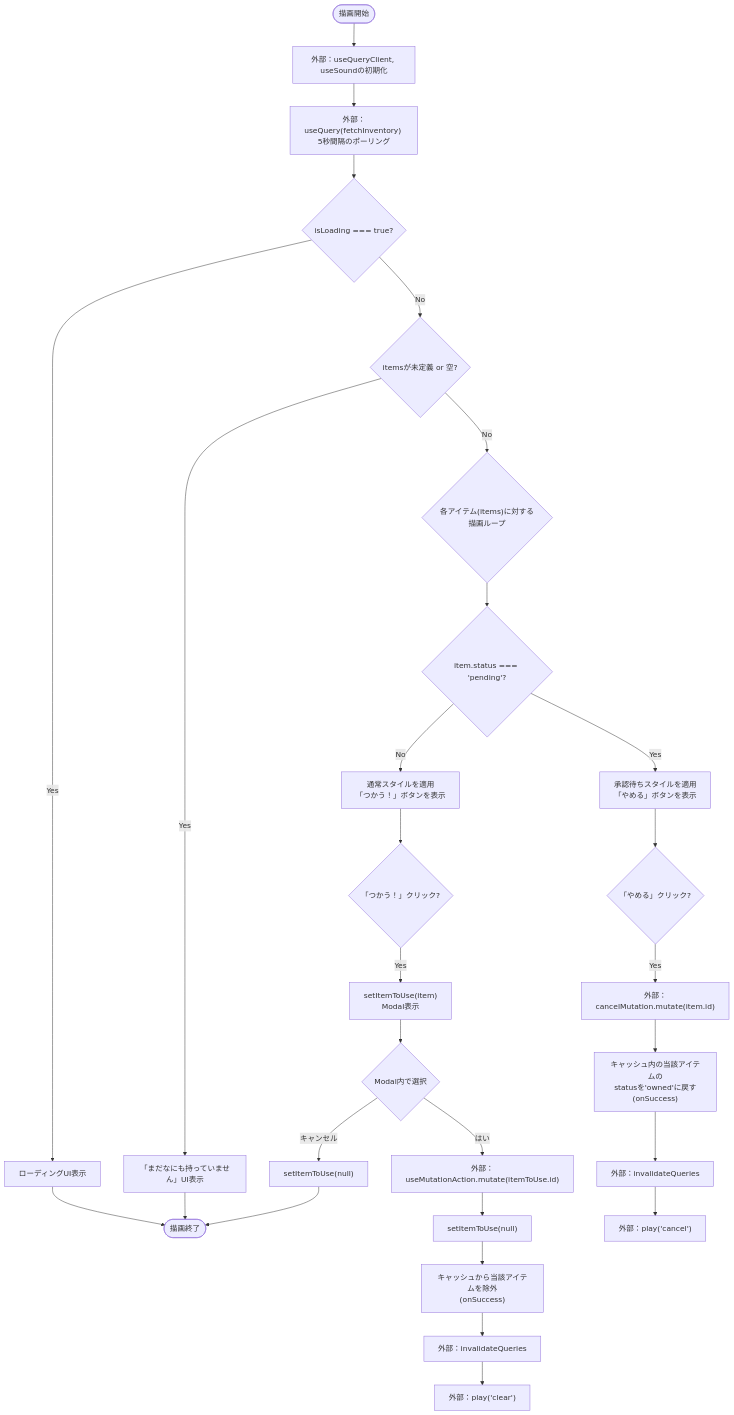
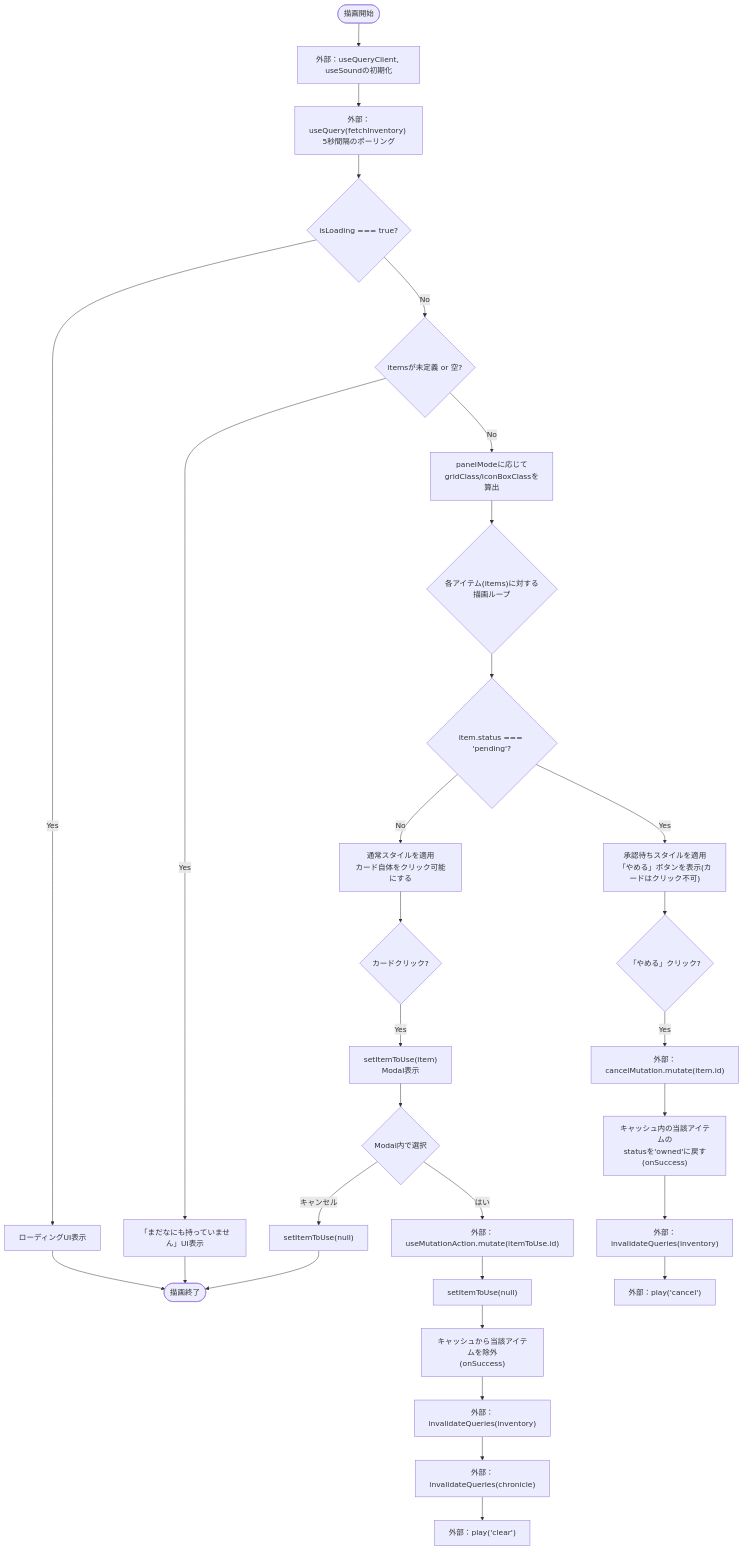
Before and after one commit to mmtigers/my_python_project: the first of 2 diagrams in docs/specifications/family-quest/src/features/shop/components/InventoryList.md, drawn with Mermaid. The commit also changed other lines of this file and 65 other files, not shown here.

````diff
--- a/docs/specifications/family-quest/src/features/shop/components/InventoryList.md
+++ b/docs/specifications/family-quest/src/features/shop/components/InventoryList.md
@@ -85,35 +88,37 @@
 ```mermaid
 flowchart TD
     Start([描画開始]) --> Init["外部：useQueryClient, useSoundの初期化"]
     Init --> Query["外部：useQuery(fetchInventory) \n5秒間隔のポーリング"]
     Query --> CheckLoading{"isLoading === true?"}
-    
+
     CheckLoading -- Yes --> RenderLoading["ローディングUI表示"] --> End([描画終了])
     CheckLoading -- No --> CheckEmpty{"itemsが未定義 or 空?"}
-    
+
     CheckEmpty -- Yes --> RenderEmpty["「まだなにも持っていません」UI表示"] --> End
-    CheckEmpty -- No --> MapItems{"各アイテム(items)に対する描画ループ"}
-    
+    CheckEmpty -- No --> CalcLayout["panelModeに応じてgridClass/iconBoxClassを算出"]
+    CalcLayout --> MapItems{"各アイテム(items)に対する描画ループ"}
+
     MapItems --> CheckStatus{"item.status === 'pending'?"}
-    
-    CheckStatus -- Yes --> RenderPending["承認待ちスタイルを適用\n「やめる」ボタンを表示"]
-    CheckStatus -- No --> RenderOwned["通常スタイルを適用\n「つかう！」ボタンを表示"]
-    
+
+    CheckStatus -- Yes --> RenderPending["承認待ちスタイルを適用\n「やめる」ボタンを表示(カードはクリック不可)"]
+    CheckStatus -- No --> RenderOwned["通常スタイルを適用\nカード自体をクリック可能にする"]
+
     RenderPending --> CancelClick{"「やめる」クリック?"}
-    RenderOwned --> UseClick{"「つかう！」クリック?"}
-    
-    UseClick -- Yes --> SetItemToUse["setItemToUse(item)\nModal表示"]
+    RenderOwned --> CardClick{"カードクリック?"}
+
+    CardClick -- Yes --> SetItemToUse["setItemToUse(item)\nModal表示"]
     SetItemToUse --> ModalChoice{"Modal内で選択"}
     ModalChoice -- "キャンセル" --> CloseModal["setItemToUse(null)"] --> End
     ModalChoice -- "はい" --> MutateUse["外部：useMutationAction.mutate(itemToUse.id)"]
     MutateUse --> CloseModal2["setItemToUse(null)"]
     CloseModal2 --> OptimisticUse["キャッシュから当該アイテムを除外\n(onSuccess)"]
-    OptimisticUse --> InvalidateUse["外部：invalidateQueries"]
-    InvalidateUse --> PlayClear["外部：play('clear')"]
-    
+    OptimisticUse --> InvalidateUse["外部：invalidateQueries(inventory)"]
+    InvalidateUse --> InvalidateChronicle["外部：invalidateQueries(chronicle)"]
+    InvalidateChronicle --> PlayClear["外部：play('clear')"]
+
     CancelClick -- Yes --> MutateCancel["外部：cancelMutation.mutate(item.id)"]
     MutateCancel --> OptimisticCancel["キャッシュ内の当該アイテムの\nstatusを'owned'に戻す\n(onSuccess)"]
-    OptimisticCancel --> InvalidateCancel["外部：invalidateQueries"]
+    OptimisticCancel --> InvalidateCancel["外部：invalidateQueries(inventory)"]
     InvalidateCancel --> PlayCancel["外部：play('cancel')"]
 
 ```
````
